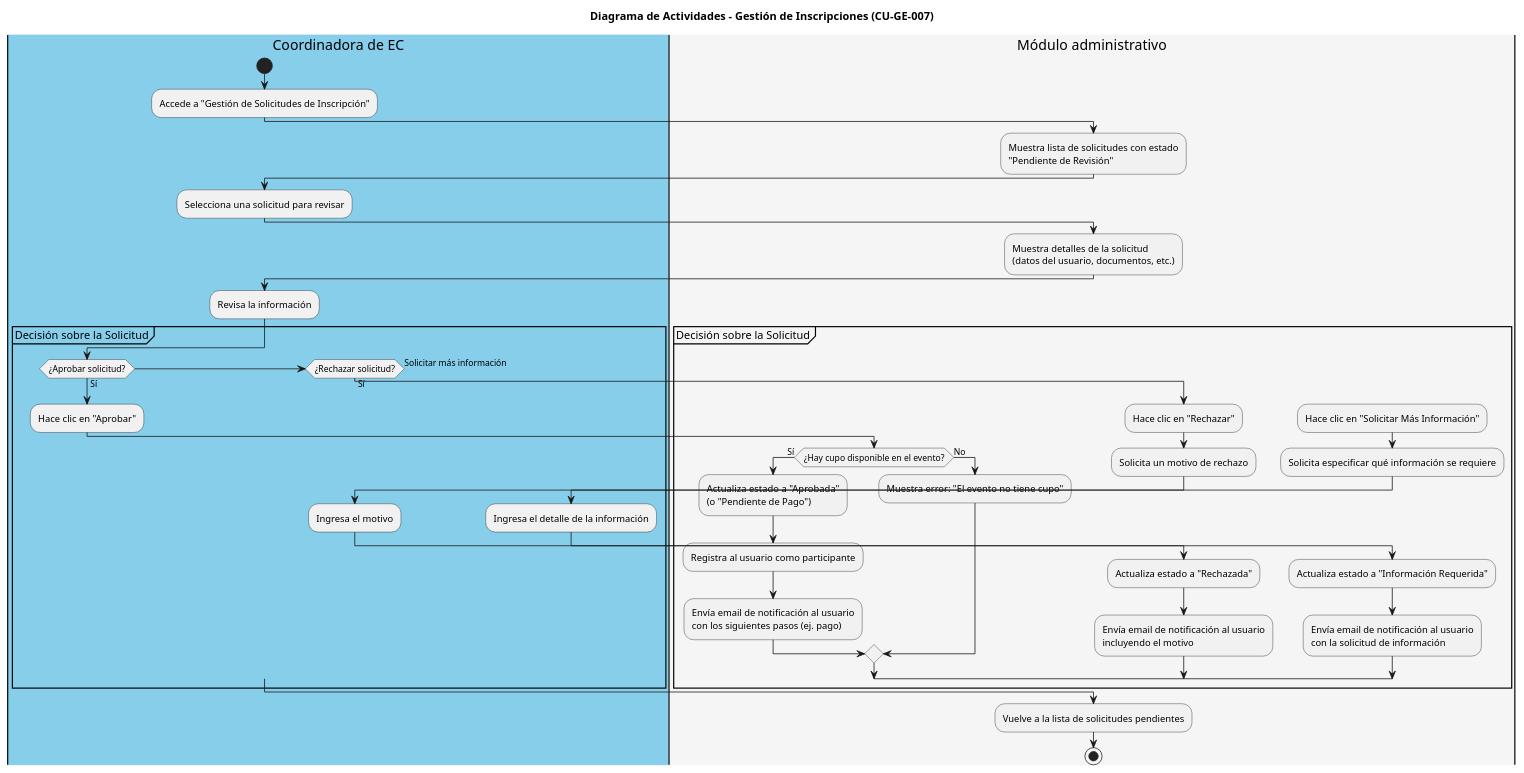
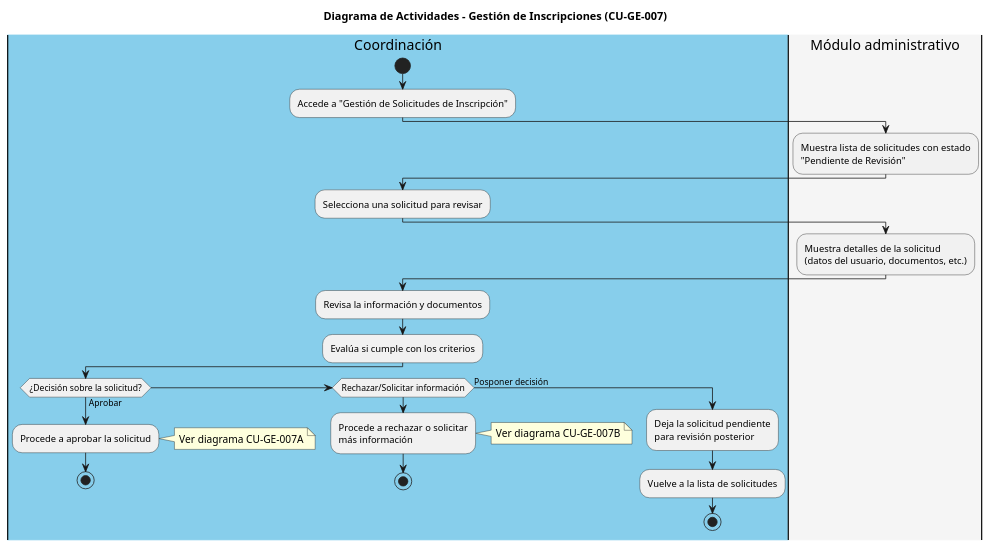
Before and after one commit to iKinoo/baby-salesforce-admin-module: the diagram in code/CU-GE-007_Gestion_de_Inscripciones.puml, drawn with PlantUML. The commit also changed 44 other files, not shown here.

```diff
--- a/code/CU-GE-007_Gestion_de_Inscripciones.puml
+++ b/code/CU-GE-007_Gestion_de_Inscripciones.puml
@@ -1,58 +1,38 @@
 @startuml
 title Diagrama de Actividades - Gestión de Inscripciones (CU-GE-007)
 
-|#skyblue|Coordinadora de EC|
+|#skyblue|Coordinación|
 start
 :Accede a "Gestión de Solicitudes de Inscripción";
 
 |#whitesmoke|Módulo administrativo|
 :Muestra lista de solicitudes con estado
 "Pendiente de Revisión";
 
-|#skyblue|Coordinadora de EC|
+|#skyblue|Coordinación|
 :Selecciona una solicitud para revisar;
 
 |#whitesmoke|Módulo administrativo|
 :Muestra detalles de la solicitud
 (datos del usuario, documentos, etc.);
 
-|#skyblue|Coordinadora de EC|
-:Revisa la información;
-partition "Decisión sobre la Solicitud" {
-  if (¿Aprobar solicitud?) then (Sí)
-    :Hace clic en "Aprobar";
-    |#whitesmoke|Módulo administrativo|
-    if (¿Hay cupo disponible en el evento?) then (Sí)
-      :Actualiza estado a "Aprobada"
-      (o "Pendiente de Pago");
-      :Registra al usuario como participante;
-      :Envía email de notificación al usuario
-      con los siguientes pasos (ej. pago);
-    else (No)
-      :Muestra error: "El evento no tiene cupo";
-    endif
-  elseif (¿Rechazar solicitud?) then (Sí)
-    :Hace clic en "Rechazar";
-    |#whitesmoke|Módulo administrativo|
-    :Solicita un motivo de rechazo;
-    |#skyblue|Coordinadora de EC|
-    :Ingresa el motivo;
-    |#whitesmoke|Módulo administrativo|
-    :Actualiza estado a "Rechazada";
-    :Envía email de notificación al usuario
-    incluyendo el motivo;
-  else (Solicitar más información)
-    :Hace clic en "Solicitar Más Información";
-    |#whitesmoke|Módulo administrativo|
-    :Solicita especificar qué información se requiere;
-    |#skyblue|Coordinadora de EC|
-    :Ingresa el detalle de la información;
-    |#whitesmoke|Módulo administrativo|
-    :Actualiza estado a "Información Requerida";
-    :Envía email de notificación al usuario
-    con la solicitud de información;
-  endif
-}
-:Vuelve a la lista de solicitudes pendientes;
-stop
+|#skyblue|Coordinación|
+:Revisa la información y documentos;
+:Evalúa si cumple con los criterios;
+
+if (¿Decisión sobre la solicitud?) then (Aprobar)
+  :Procede a aprobar la solicitud;
+  note right: Ver diagrama CU-GE-007A
+  stop
+elseif (Rechazar/Solicitar información) then 
+  :Procede a rechazar o solicitar
+  más información;
+  note right: Ver diagrama CU-GE-007B
+  stop
+else (Posponer decisión)
+  :Deja la solicitud pendiente
+  para revisión posterior;
+  :Vuelve a la lista de solicitudes;
+  stop
+endif
 @enduml
```
